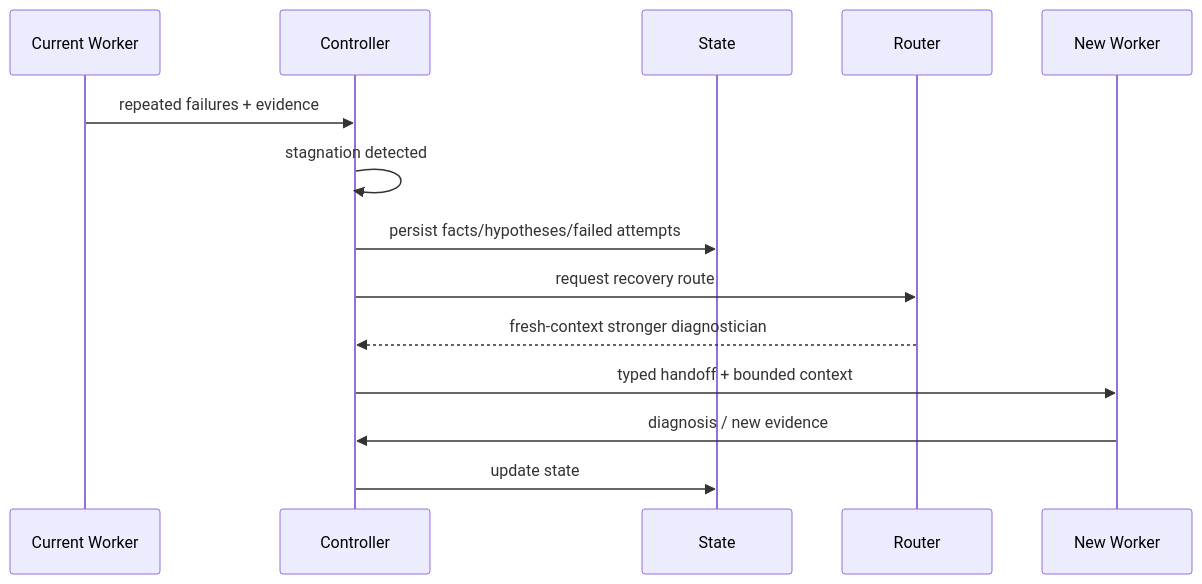
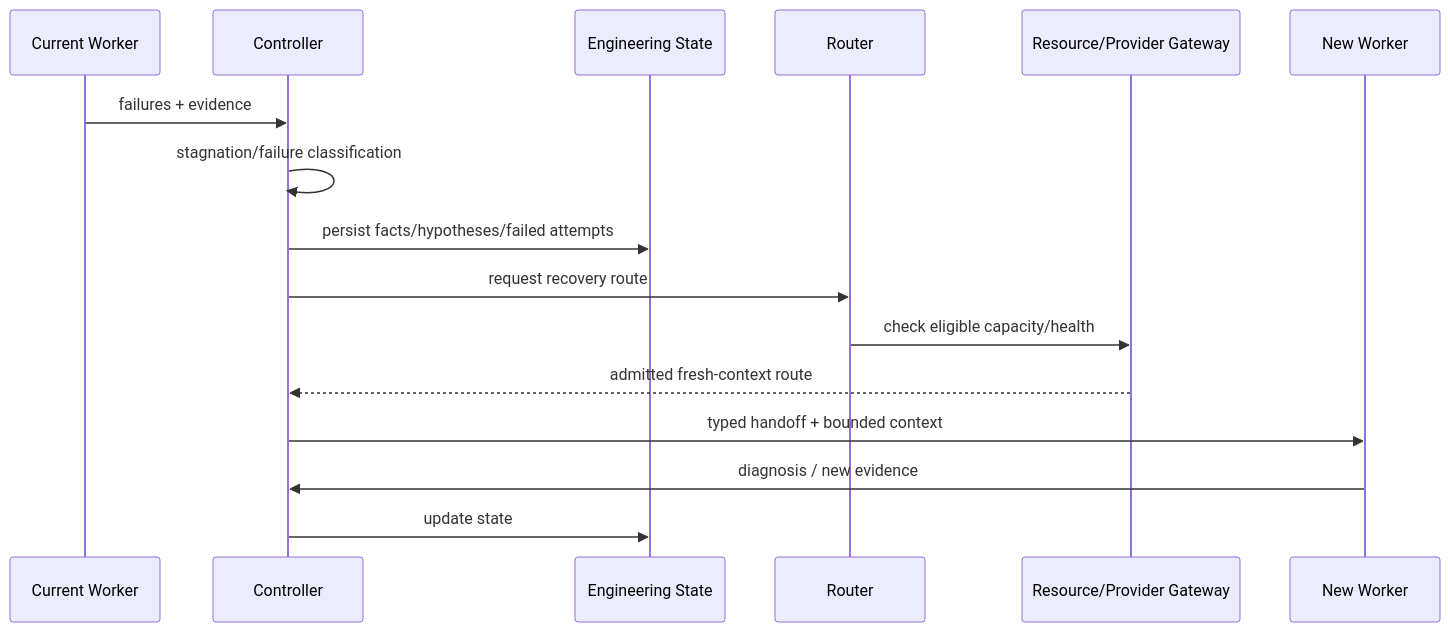
Before and after one commit to brutalstein/everything-cli: the diagram in docs/33_END_TO_END_RUNTIME_SEQUENCE.md, drawn with Mermaid. The commit also changed other lines of this file and 39 other files, not shown here.

Commit message:
Close architecture completeness gaps

````diff
--- a/docs/33_END_TO_END_RUNTIME_SEQUENCE.md
+++ b/docs/33_END_TO_END_RUNTIME_SEQUENCE.md
@@ -110,17 +165,19 @@
 ```mermaid
 sequenceDiagram
     participant W as Current Worker
     participant C as Controller
-    participant S as State
+    participant S as Engineering State
     participant R as Router
+    participant G as Resource/Provider Gateway
     participant N as New Worker
 
-    W->>C: repeated failures + evidence
-    C->>C: stagnation detected
+    W->>C: failures + evidence
+    C->>C: stagnation/failure classification
     C->>S: persist facts/hypotheses/failed attempts
     C->>R: request recovery route
-    R-->>C: fresh-context stronger diagnostician
+    R->>G: check eligible capacity/health
+    G-->>C: admitted fresh-context route
     C->>N: typed handoff + bounded context
     N->>C: diagnosis / new evidence
     C->>S: update state
 ```
````
